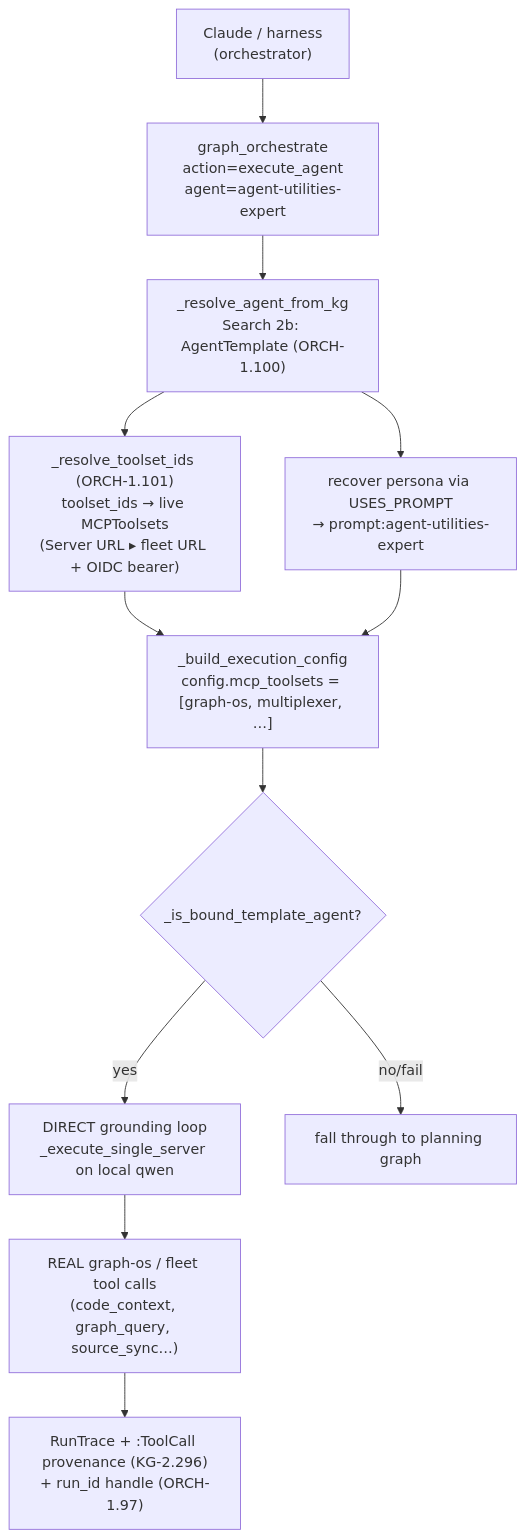
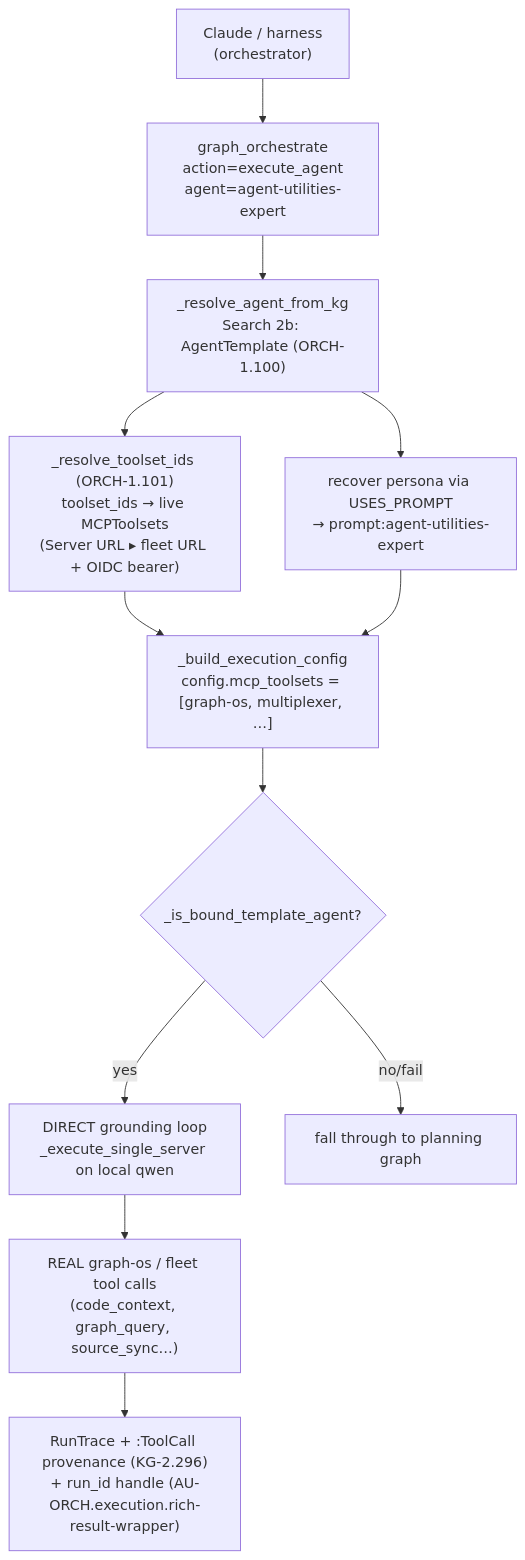
Before and after one commit to Knuckles-Team/agent-utilities: the diagram in docs/architecture/agent-utilities-expert.md, drawn with Mermaid. The commit also changed other lines of this file and 2324 other files, not shown here.

````diff
--- a/docs/architecture/agent-utilities-expert.md
+++ b/docs/architecture/agent-utilities-expert.md
@@ -127,14 +127,14 @@
 ```mermaid
 flowchart TD
     H["Claude / harness<br/>(orchestrator)"] --> GO["graph_orchestrate<br/>action=execute_agent<br/>agent=agent-utilities-expert"]
     GO --> RES["_resolve_agent_from_kg<br/>Search 2b: AgentTemplate (ORCH-1.100)"]
     RES --> PR["recover persona via USES_PROMPT<br/>→ prompt:agent-utilities-expert"]
     RES --> BIND["_resolve_toolset_ids (ORCH-1.101)<br/>toolset_ids → live MCPToolsets<br/>(Server URL ▸ fleet URL + OIDC bearer)"]
     BIND --> CFG["_build_execution_config<br/>config.mcp_toolsets = [graph-os, multiplexer, …]"]
     PR --> CFG
     CFG --> DISP{"_is_bound_template_agent?"}
     DISP -- yes --> LOOP["DIRECT grounding loop<br/>_execute_single_server on local qwen"]
     DISP -- no/fail --> GRAPH["fall through to planning graph"]
     LOOP --> TOOLS["REAL graph-os / fleet tool calls<br/>(code_context, graph_query, source_sync…)"]
-    TOOLS --> PROV["RunTrace + :ToolCall provenance (KG-2.296)<br/>+ run_id handle (ORCH-1.97)"]
+    TOOLS --> PROV["RunTrace + :ToolCall provenance (KG-2.296)<br/>+ run_id handle (AU-ORCH.execution.rich-result-wrapper)"]
 ```
````
